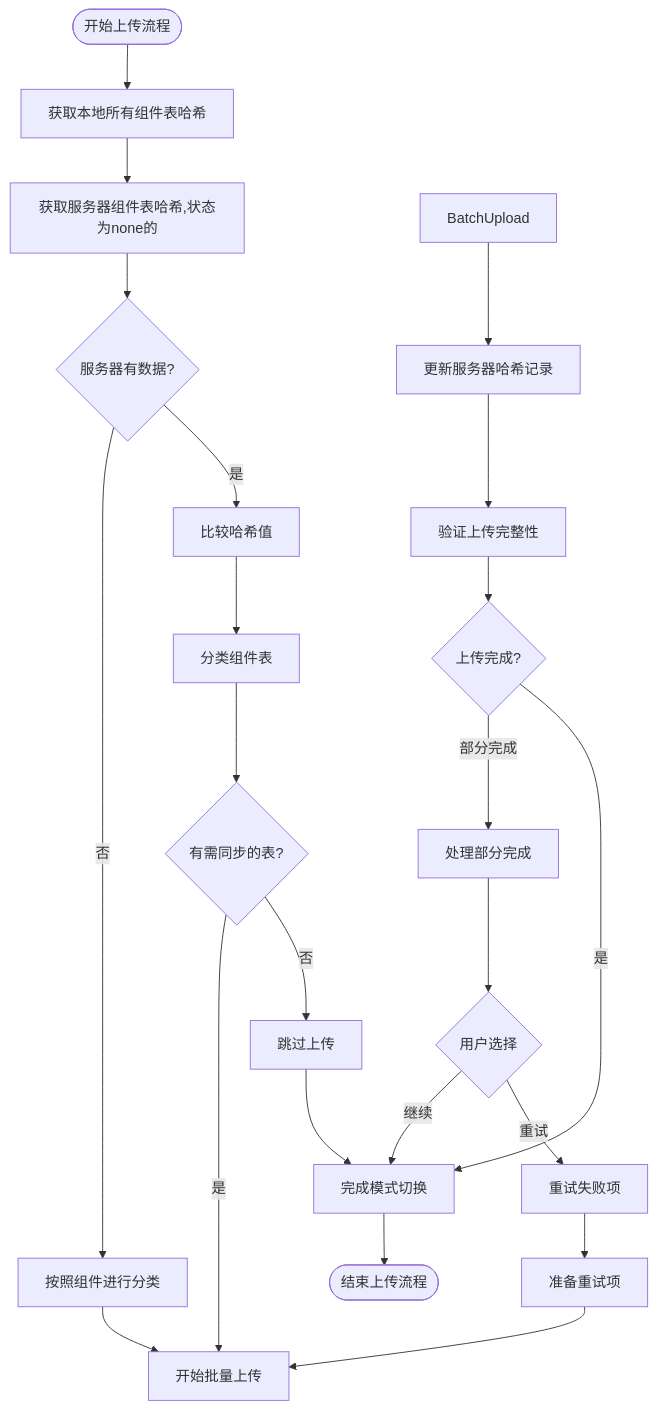
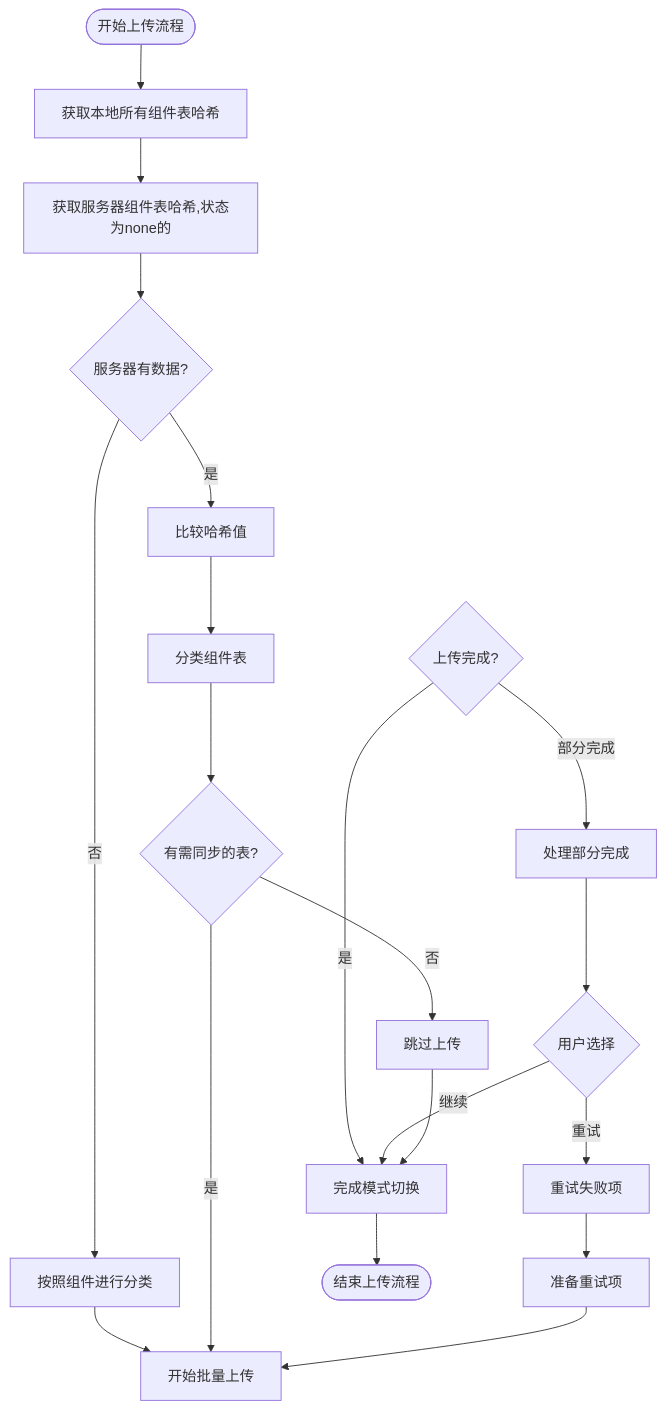
One commit to yingjianzh/iodraw-files changed the diagram in all/未命名-50.md. Above: the diagram before and after it, drawn with Mermaid.

Commit message:
2025-05-08 17:14:57 update

````diff
--- a/all/未命名-50.md
+++ b/all/未命名-50.md
@@ -1,38 +1,35 @@
 ```mermaid
 flowchart TD
     Start([开始上传流程]) --> CollectLocalHashes[获取本地所有组件表哈希]
     CollectLocalHashes --> FetchServerHashes[获取服务器组件表哈希,状态为none的]
     
     FetchServerHashes --> ServerHasData{服务器有数据?}
     
     ServerHasData -->|是| CompareHashes[比较哈希值]
     ServerHasData -->|否| ClassifyTables2[按照组件进行分类]
     ClassifyTables2 --> StartBatching[开始批量上传]
     
     CompareHashes --> ClassifyTables[分类组件表]
     ClassifyTables --> HasChanges{有需同步的表?}
     
     HasChanges -->|否| SkipUpload[跳过上传]
     HasChanges -->|是| StartBatching
     
     
     
     
-    BatchUpload --> UpdateServerHashes[更新服务器哈希记录]
-    UpdateServerHashes --> VerifyUpload[验证上传完整性]
-    
-    VerifyUpload --> UploadComplete{上传完成?}
+     UploadComplete{上传完成?}
     UploadComplete -->|是| FinalizeMode[完成模式切换]
     UploadComplete -->|部分完成| HandlePartial[处理部分完成]
     
     HandlePartial --> UserChoice{用户选择}
     UserChoice -->|重试| RetryFailed[重试失败项]
     UserChoice -->|继续| FinalizeMode
     
     RetryFailed --> PrepareRetry[准备重试项]
     PrepareRetry --> StartBatching
     
     FinalizeMode --> End([结束上传流程])
     
     SkipUpload --> FinalizeMode
 ```
````
